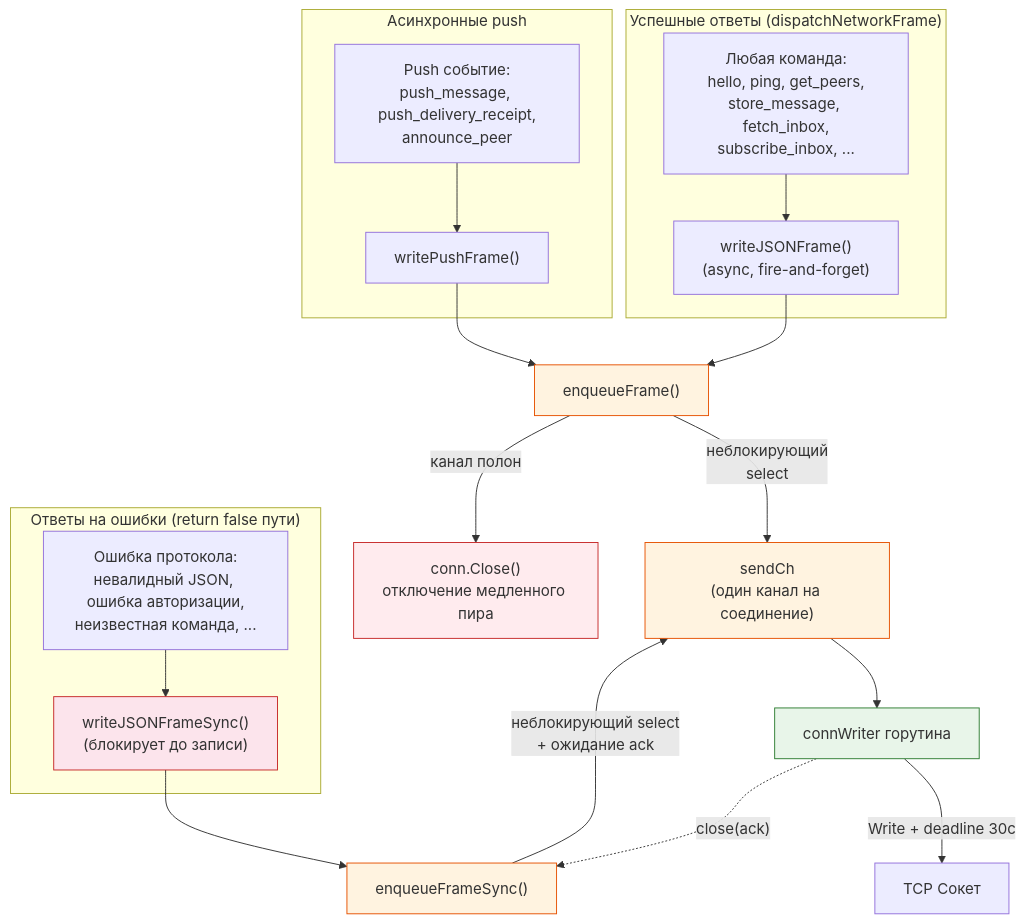
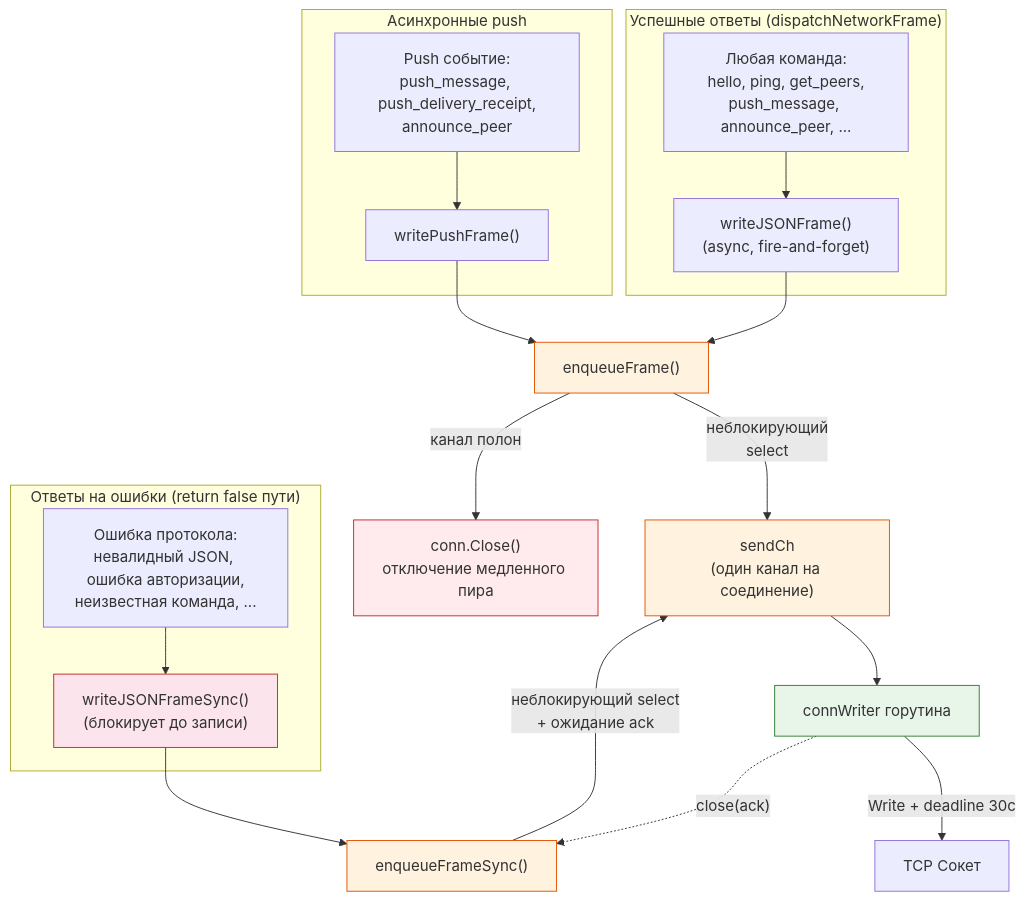
Before and after one commit to piratecash/corsa: diagram 18 of 18 in docs/mesh.md, drawn with Mermaid. The commit also changed other lines of this file and 67 other files, not shown here.

````diff
--- a/docs/mesh.md
+++ b/docs/mesh.md
@@ -1417,44 +1393,44 @@
 ```mermaid
 flowchart TD
     subgraph "Успешные ответы (dispatchNetworkFrame)"
-        CMD["Любая команда:<br/>hello, ping, get_peers,<br/>store_message, fetch_inbox,<br/>subscribe_inbox, ..."]
+        CMD["Любая команда:<br/>hello, ping, get_peers,<br/>push_message, announce_peer, ..."]
         WJF["writeJSONFrame()<br/>(async, fire-and-forget)"]
     end
 
     subgraph "Ответы на ошибки (return false пути)"
         ERR["Ошибка протокола:<br/>невалидный JSON, ошибка авторизации,<br/>неизвестная команда, ..."]
         WJFS["writeJSONFrameSync()<br/>(блокирует до записи)"]
     end
 
     subgraph "Асинхронные push"
         PUSH["Push событие:<br/>push_message, push_delivery_receipt,<br/>announce_peer"]
         WPF["writePushFrame()"]
     end
 
     ENQ["enqueueFrame()"]
     ENQS["enqueueFrameSync()"]
     CH["sendCh<br/>(один канал на соединение)"]
     CW["connWriter горутина"]
     TCP["TCP Сокет"]
 
     CMD --> WJF
     WJF --> ENQ
     ERR --> WJFS
     WJFS --> ENQS
     PUSH --> WPF
     WPF --> ENQ
     ENQ -->|"неблокирующий<br/>select"| CH
     ENQS -->|"неблокирующий select<br/>+ ожидание ack"| CH
     CH --> CW
     CW -->|"Write + deadline 30с"| TCP
     CW -.->|"close(ack)"| ENQS
 
     ENQ -->|"канал полон"| EVICT["conn.Close()<br/>отключение медленного пира"]
 
     style ENQ fill:#fff3e0,stroke:#e65100
     style ENQS fill:#fff3e0,stroke:#e65100
     style EVICT fill:#ffebee,stroke:#c62828
     style CW fill:#e8f5e9,stroke:#2e7d32
     style CH fill:#fff3e0,stroke:#e65100
     style WJFS fill:#fce4ec,stroke:#c62828
 ```
````
